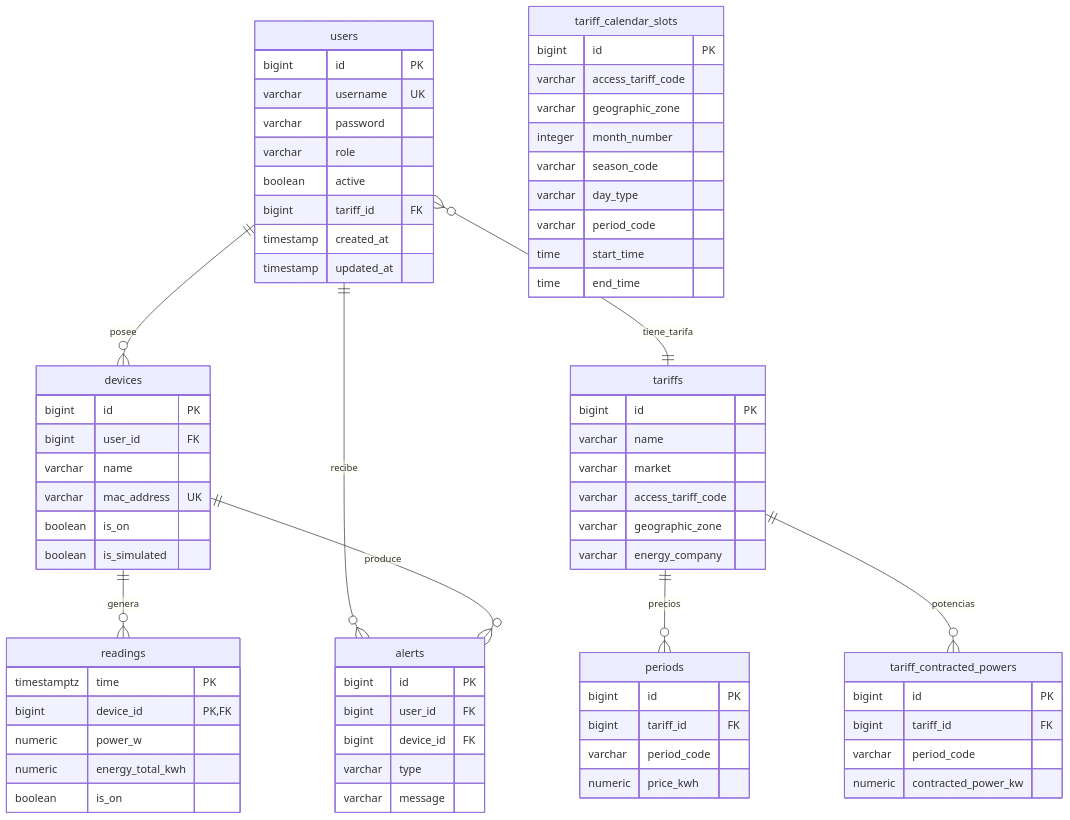
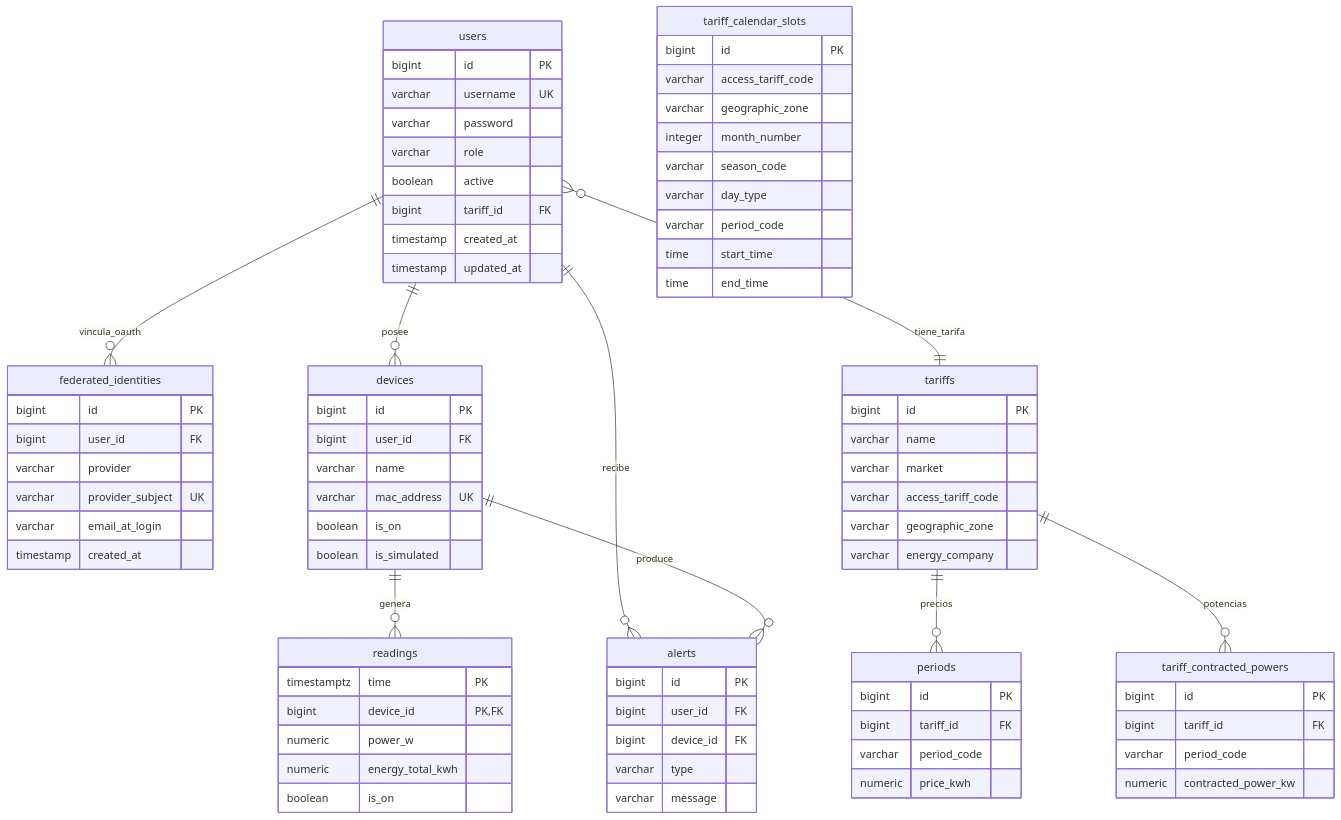
The diagram in docs/technical/database-analytics.md (joellmar/wattpath-app), drawn with Mermaid before and after one commit. The commit also changed other lines of this file and 2 other files, not shown here.

Commit message:
docs: correct api and oauth data model details

```diff
--- a/docs/technical/database-analytics.md
+++ b/docs/technical/database-analytics.md
@@ -30,6 +30,15 @@
         bigint tariff_id FK
         timestamp created_at
         timestamp updated_at
+    }
+
+    federated_identities {
+        bigint id PK
+        bigint user_id FK
+        varchar provider
+        varchar provider_subject UK
+        varchar email_at_login
+        timestamp created_at
     }
 
     devices {
@@ -93,6 +102,7 @@
     }
 
     users ||--o{ devices : posee
+    users ||--o{ federated_identities : vincula_oauth
     users }o--|| tariffs : tiene_tarifa
     devices ||--o{ readings : genera
     users ||--o{ alerts : recibe
```
